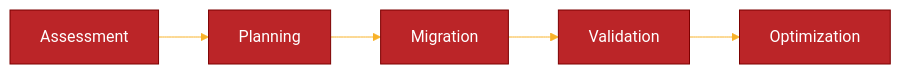
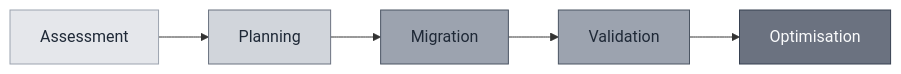
One commit to Geonitab/architecture_as_code changed the diagram in docs/images/diagram_19_kapitel17.mmd. Above: the diagram before and after it, drawn with Mermaid. The commit also changed 6 other files, not shown here.

Commit message:
Chapter 17: Create transformation journey diagram, update themes to grey, add narrative context

```diff
--- a/docs/images/diagram_19_kapitel17.mmd
+++ b/docs/images/diagram_19_kapitel17.mmd
@@ -1,16 +1,11 @@
----
-config:
-  theme: 'base'
-  themeVariables:
-    primaryColor: '#BB2528'
-    primaryTextColor: '#fff'
-    primaryBorderColor: '#7C0000'
-    lineColor: '#F8B229'
-    secondaryColor: '#006100'
-    tertiaryColor: '#fff'
----
-graph LR
+flowchart LR
     A[Assessment] --> B[Planning]
     B --> C[Migration]
     C --> D[Validation]
-    D --> E[Optimization]
+    D --> E[Optimisation]
+    
+    style A fill:#e5e7eb,stroke:#9ca3af,color:#1f2937
+    style B fill:#d1d5db,stroke:#6b7280,color:#1f2937
+    style C fill:#9ca3af,stroke:#4b5563,color:#1f2937
+    style D fill:#9ca3af,stroke:#4b5563,color:#1f2937
+    style E fill:#6b7280,stroke:#374151,color:#f9fafb
```
